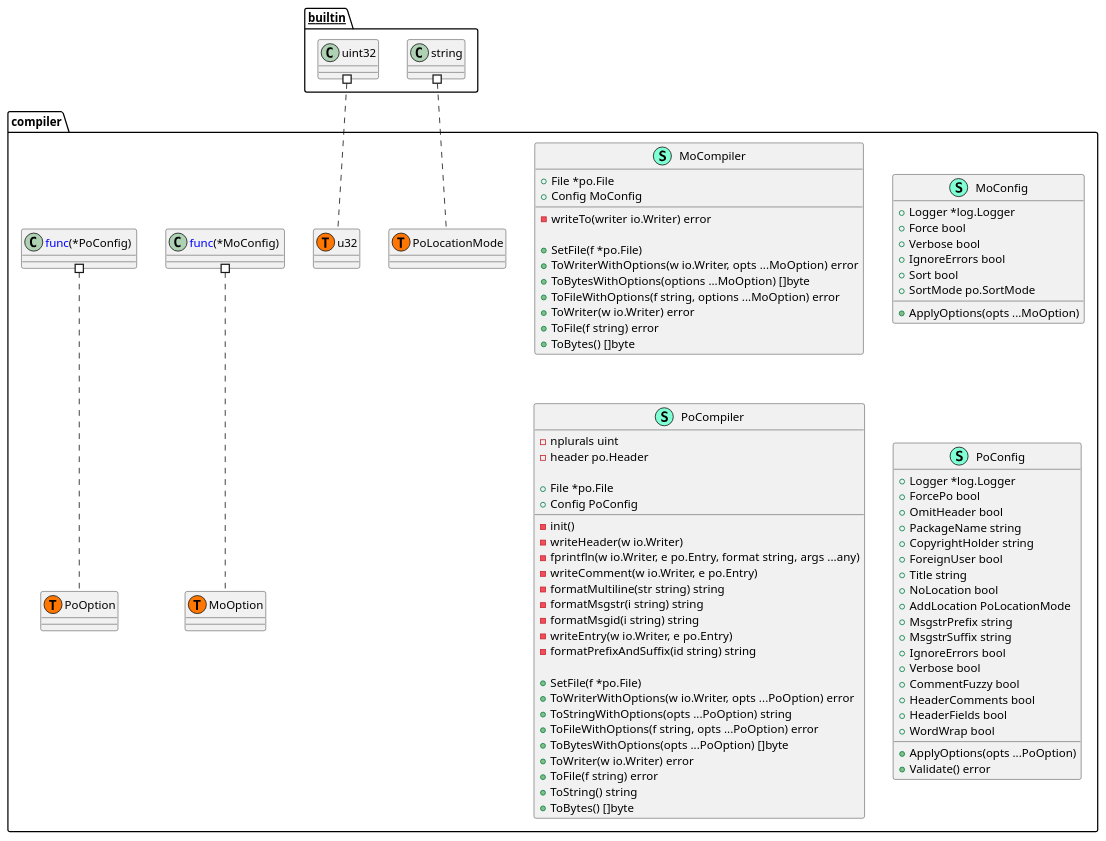
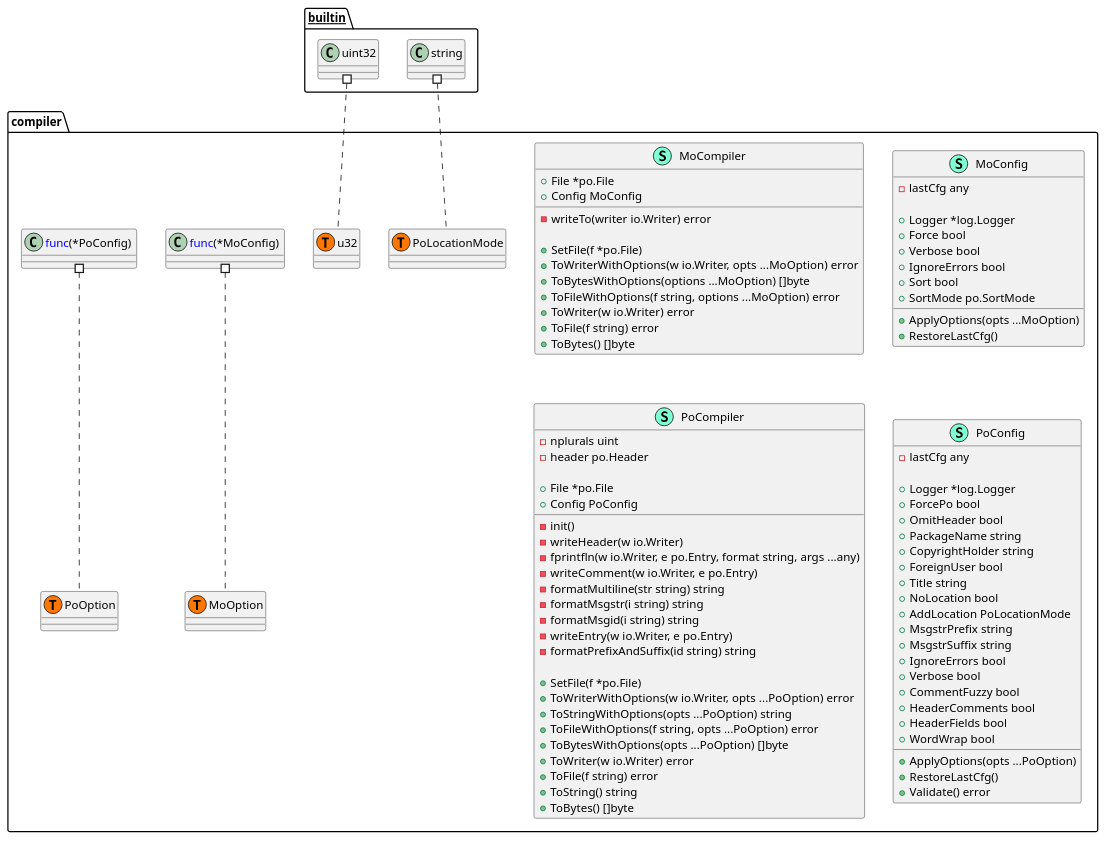
Before and after one commit to Tom5521/gotext-tools: the diagram in pkg/po/compiler/structure.puml, drawn with PlantUML. The commit also changed 22 other files, not shown here.

```diff
--- a/pkg/po/compiler/structure.puml
+++ b/pkg/po/compiler/structure.puml
@@ -1,95 +1,101 @@
 @startuml
 namespace compiler {
     class MoCompiler << (S,Aquamarine) >> {
         + File *po.File
         + Config MoConfig
 
         - writeTo(writer io.Writer) error
 
         + SetFile(f *po.File) 
         + ToWriterWithOptions(w io.Writer, opts ...MoOption) error
         + ToBytesWithOptions(options ...MoOption) []byte
         + ToFileWithOptions(f string, options ...MoOption) error
         + ToWriter(w io.Writer) error
         + ToFile(f string) error
         + ToBytes() []byte
 
     }
     class MoConfig << (S,Aquamarine) >> {
+        - lastCfg any
+
         + Logger *log.Logger
         + Force bool
         + Verbose bool
         + IgnoreErrors bool
         + Sort bool
         + SortMode po.SortMode
 
         + ApplyOptions(opts ...MoOption) 
+        + RestoreLastCfg() 
 
     }
     class PoCompiler << (S,Aquamarine) >> {
         - nplurals uint
         - header po.Header
 
         + File *po.File
         + Config PoConfig
 
         - init() 
         - writeHeader(w io.Writer) 
         - fprintfln(w io.Writer, e po.Entry, format string, args ...any) 
         - writeComment(w io.Writer, e po.Entry) 
         - formatMultiline(str string) string
         - formatMsgstr(i string) string
         - formatMsgid(i string) string
         - writeEntry(w io.Writer, e po.Entry) 
         - formatPrefixAndSuffix(id string) string
 
         + SetFile(f *po.File) 
         + ToWriterWithOptions(w io.Writer, opts ...PoOption) error
         + ToStringWithOptions(opts ...PoOption) string
         + ToFileWithOptions(f string, opts ...PoOption) error
         + ToBytesWithOptions(opts ...PoOption) []byte
         + ToWriter(w io.Writer) error
         + ToFile(f string) error
         + ToString() string
         + ToBytes() []byte
 
     }
     class PoConfig << (S,Aquamarine) >> {
+        - lastCfg any
+
         + Logger *log.Logger
         + ForcePo bool
         + OmitHeader bool
         + PackageName string
         + CopyrightHolder string
         + ForeignUser bool
         + Title string
         + NoLocation bool
         + AddLocation PoLocationMode
         + MsgstrPrefix string
         + MsgstrSuffix string
         + IgnoreErrors bool
         + Verbose bool
         + CommentFuzzy bool
         + HeaderComments bool
         + HeaderFields bool
         + WordWrap bool
 
         + ApplyOptions(opts ...PoOption) 
+        + RestoreLastCfg() 
         + Validate() error
 
     }
     class compiler.MoOption << (T, #FF7700) >>  {
     }
     class compiler.PoLocationMode << (T, #FF7700) >>  {
     }
     class compiler.PoOption << (T, #FF7700) >>  {
     }
     class compiler.u32 << (T, #FF7700) >>  {
     }
 }
 
 
 "__builtin__.string" #.. "compiler.PoLocationMode"
 "__builtin__.uint32" #.. "compiler.u32"
 "compiler.<font color=blue>func</font>(*MoConfig) " #.. "compiler.MoOption"
 "compiler.<font color=blue>func</font>(*PoConfig) " #.. "compiler.PoOption"
 @enduml
```
